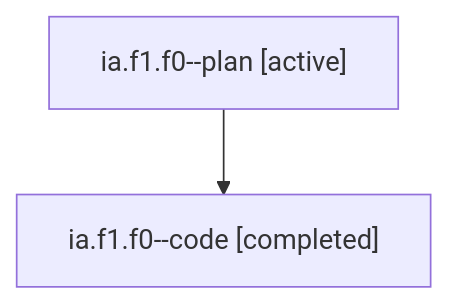
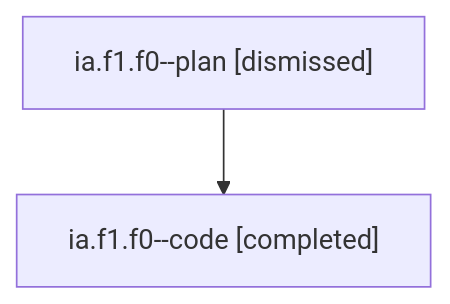
Before and after one commit to sase-org/sase--agents: the diagram in sessions/bbugyi200.athena.ia.f1.f0.md, drawn with Mermaid. The commit also changed other lines of this file and 33 other files, not shown here.

````diff
--- a/sessions/bbugyi200.athena.ia.f1.f0.md
+++ b/sessions/bbugyi200.athena.ia.f1.f0.md
@@ -9,6 +9,6 @@
 ```mermaid
 flowchart TD
-  n0["ia.f1.f0--plan [active]"]
+  n0["ia.f1.f0--plan [dismissed]"]
   n1["ia.f1.f0--code [completed]"]
   n0 --> n1
 ```
````
